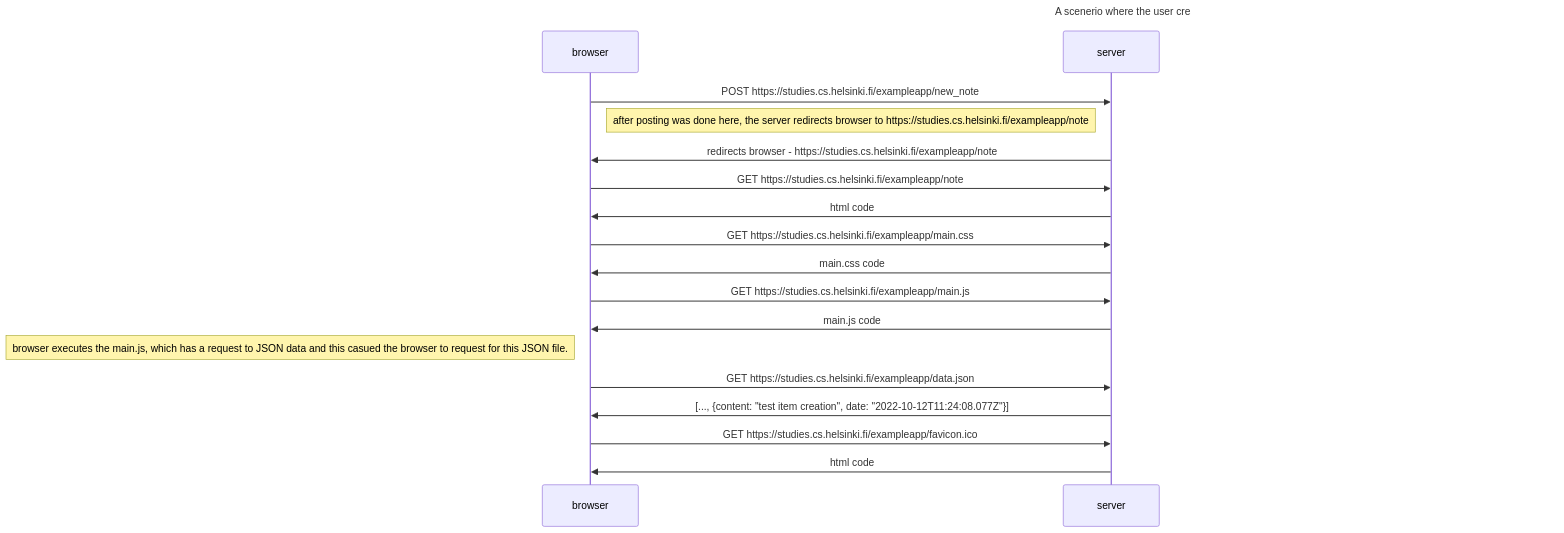
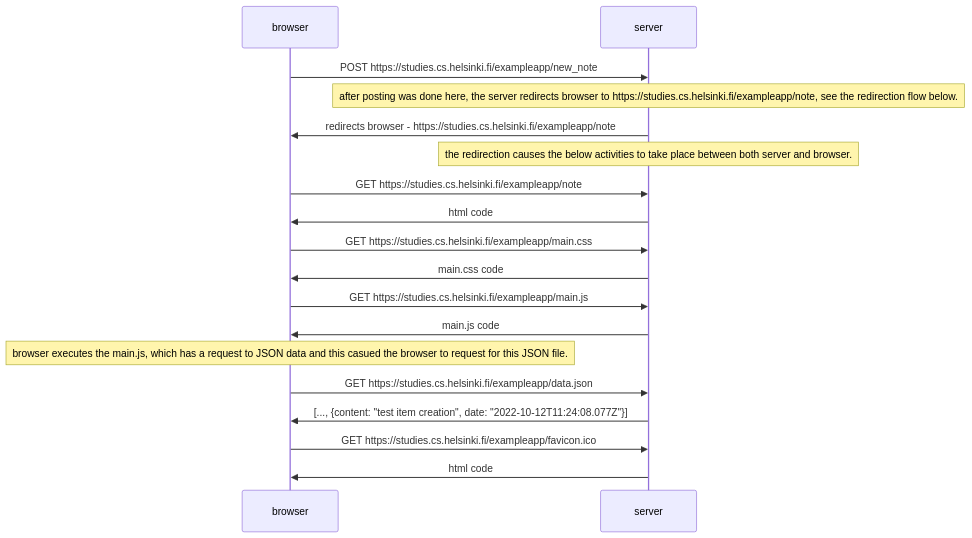
One commit to debaycisse/fullstack-uni-helsinki changed the diagram in part0/excercise_0.4.md. Above: the diagram before and after it, drawn with Mermaid. The commit also changed other lines of this file, not shown here.

Commit message:
update mermaid syntax

````diff
--- a/part0/excercise_0.4.md
+++ b/part0/excercise_0.4.md
@@ -29,26 +28,25 @@
 ```mermaid
 sequenceDiagram
 
-title: A scenerio where the user creates a new note on page https://studies.cs.helsinki.fi/exampleapp/notes - part 0.4
 browser->>server: POST https://studies.cs.helsinki.fi/exampleapp/new_note
-Note left of server: after posting was done here, the server redirects browser to  https://studies.cs.helsinki.fi/exampleapp/note
+Note over server: after posting was done here, the server redirects browser to https://studies.cs.helsinki.fi/exampleapp/note, see the redirection flow below.
 
 server->>browser: redirects browser - https://studies.cs.helsinki.fi/exampleapp/note
-
+Note  over server: the redirection causes the below activities to take place between both server and browser.
 
 
 browser->>server: GET https://studies.cs.helsinki.fi/exampleapp/note
 server->>browser: html code
 browser->>server: GET https://studies.cs.helsinki.fi/exampleapp/main.css
 server->>browser: main.css code
 browser->>server: GET https://studies.cs.helsinki.fi/exampleapp/main.js
 server->>browser: main.js code
 
-Note left of browser: browser executes the main.js, which has a request to JSON data and this casued the browser to request for this JSON file.
+Note over browser: browser executes the main.js, which has a request to JSON data and this casued the browser to request for this JSON file.
 
 browser->>server: GET https://studies.cs.helsinki.fi/exampleapp/data.json
 server->>browser: [..., {content: "test item creation", date: "2022-10-12T11:24:08.077Z"}]
 
 browser->>server: GET https://studies.cs.helsinki.fi/exampleapp/favicon.ico
 server->>browser: html code
 ```
````
